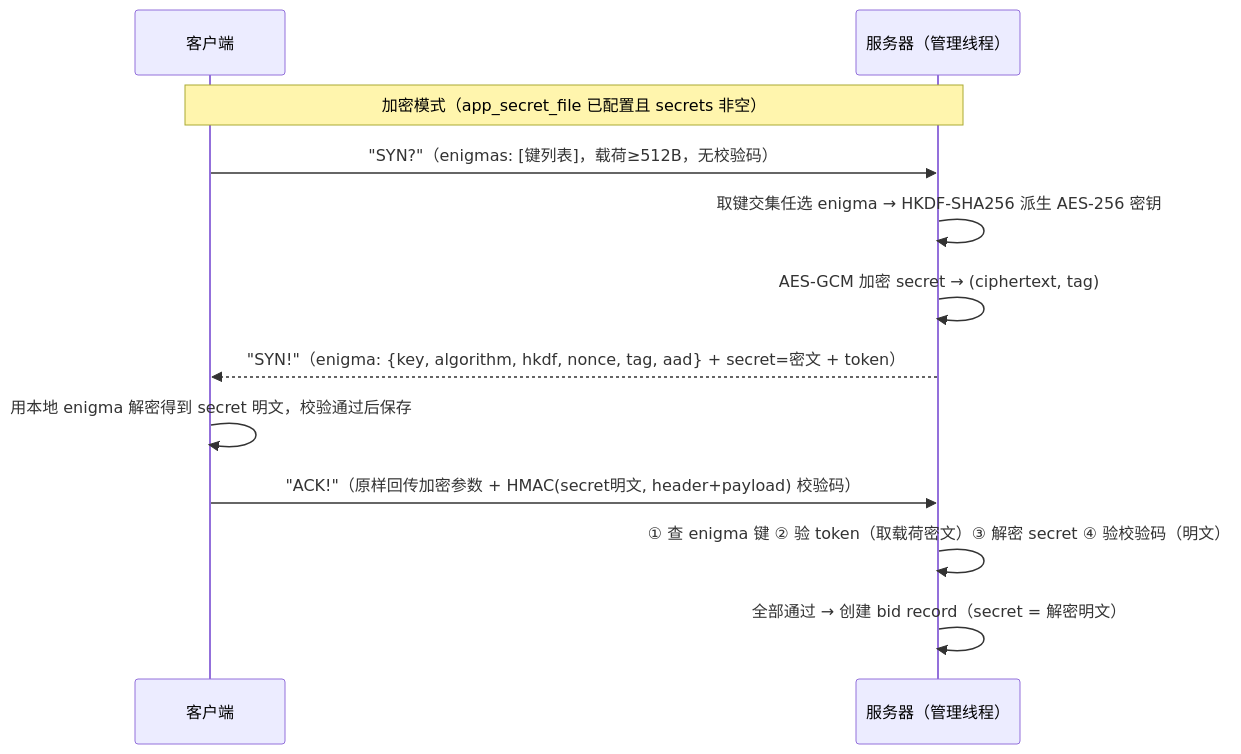
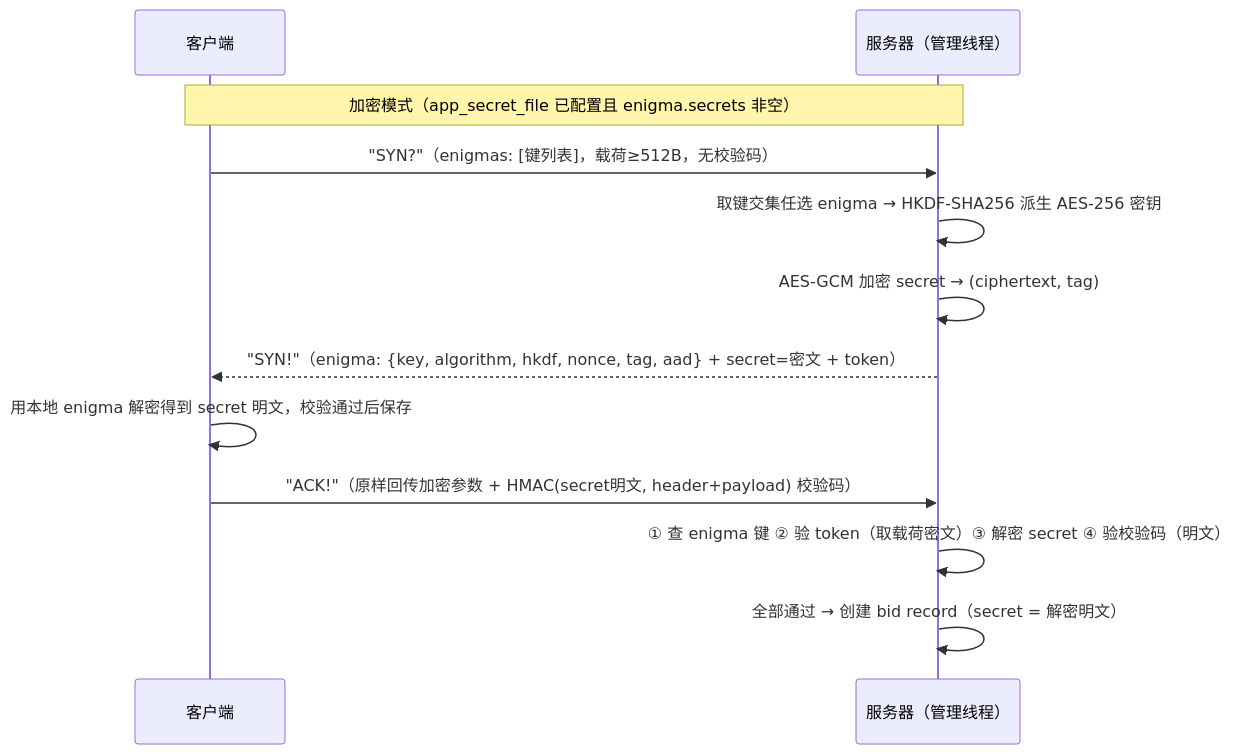
Before and after one commit to moky/magpie: the diagram in docs/security.md, drawn with Mermaid. The commit also changed other lines of this file and 9 other files, not shown here.

Commit message:
packet factories and enigma.secrets

````diff
--- a/docs/security.md
+++ b/docs/security.md
@@ -96,15 +96,15 @@
 ```mermaid
 sequenceDiagram
     participant C as 客户端
     participant M as 服务器（管理线程）
 
-    Note over C,M: 加密模式（app_secret_file 已配置且 secrets 非空）
+    Note over C,M: 加密模式（app_secret_file 已配置且 enigma.secrets 非空）
     C->>M: "SYN?"（enigmas: [键列表]，载荷≥512B，无校验码）
     M->>M: 取键交集任选 enigma → HKDF-SHA256 派生 AES-256 密钥
     M->>M: AES-GCM 加密 secret → (ciphertext, tag)
     M-->>C: "SYN!"（enigma: {key, algorithm, hkdf, nonce, tag, aad} + secret=密文 + token）
     C->>C: 用本地 enigma 解密得到 secret 明文，校验通过后保存
     C->>M: "ACK!"（原样回传加密参数 + HMAC(secret明文, header+payload) 校验码）
     M->>M: ① 查 enigma 键 ② 验 token（取载荷密文）③ 解密 secret ④ 验校验码（明文）
     M->>M: 全部通过 → 创建 bid record（secret = 解密明文）
 ```
````
